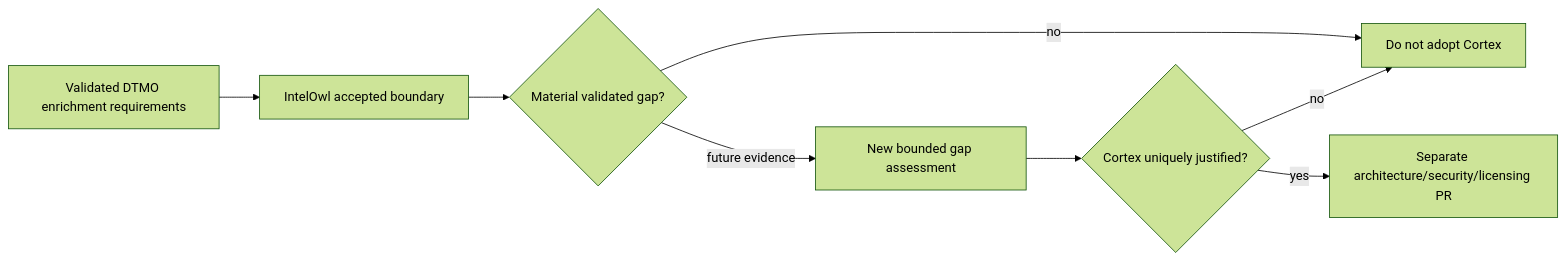
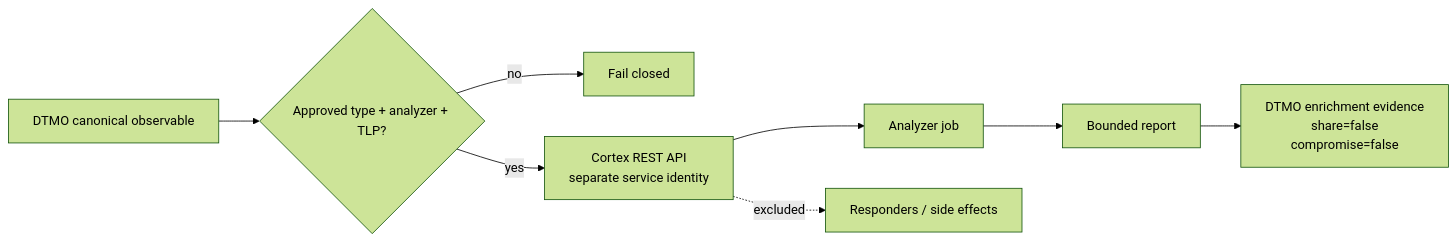
Before and after one commit to GJvManen/dtmo: the diagram in docs/README.md, drawn with Mermaid (forest theme). The commit also changed other lines of this file, not shown here.

Commit message:
Phase 11.7b: expose Cortex connector documentation

````diff
--- a/docs/README.md
+++ b/docs/README.md
@@ -54,10 +58,10 @@
 ```mermaid
 flowchart LR
-    R[Validated DTMO enrichment requirements] --> I[IntelOwl accepted boundary]
-    I --> G{Material validated gap?}
-    G -->|no| N[Do not adopt Cortex]
-    G -->|future evidence| A[New bounded gap assessment]
-    A --> C{Cortex uniquely justified?}
-    C -->|no| N
-    C -->|yes| P[Separate architecture/security/licensing PR]
+    D[DTMO canonical observable] --> G{Approved type + analyzer + TLP?}
+    G -->|no| X[Fail closed]
+    G -->|yes| C[Cortex REST API\nseparate service identity]
+    C --> J[Analyzer job]
+    J --> R[Bounded report]
+    R --> E[DTMO enrichment evidence\nshare=false\ncompromise=false]
+    C -. excluded .-> Z[Responders / side effects]
 ```
````
